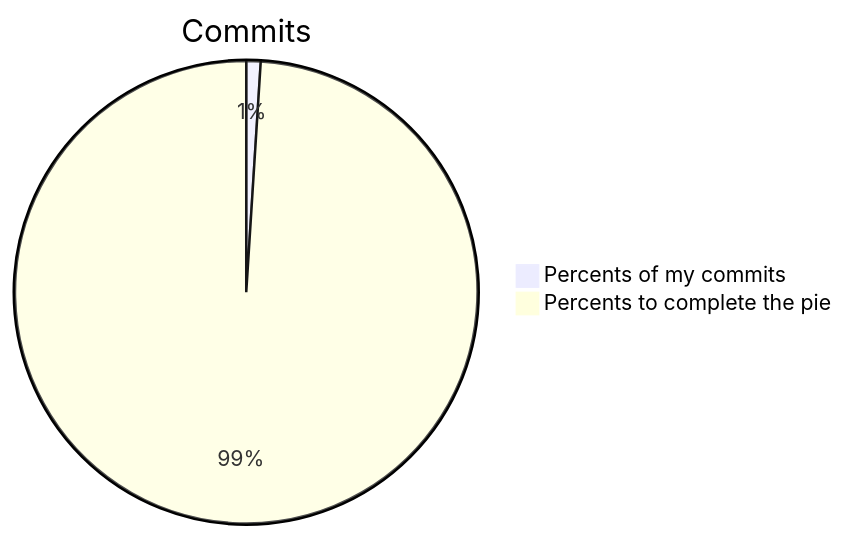
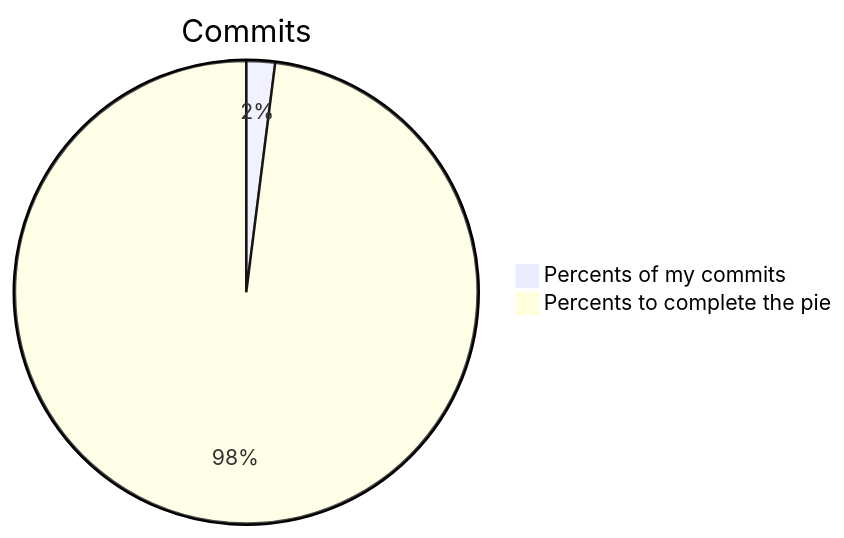
Before and after one commit to Kravatka/circumstence: the diagram in members/bazzzket0810/README.md, drawn with Mermaid. The commit also changed 5 other files, not shown here.

````diff
--- a/members/bazzzket0810/README.md
+++ b/members/bazzzket0810/README.md
@@ -3,6 +3,6 @@
 ```mermaid
 
 pie title Commits
-    "Percents of my commits" : 1
-    "Percents to complete the pie" : 99
+    "Percents of my commits" : 2
+    "Percents to complete the pie" : 98
 ```
````
